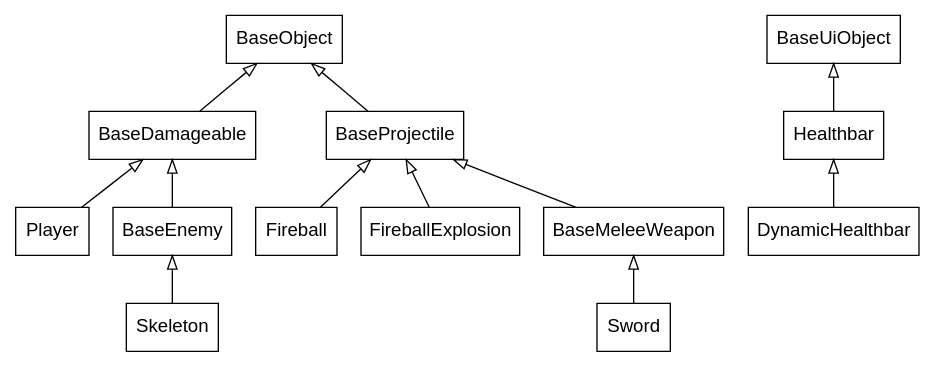
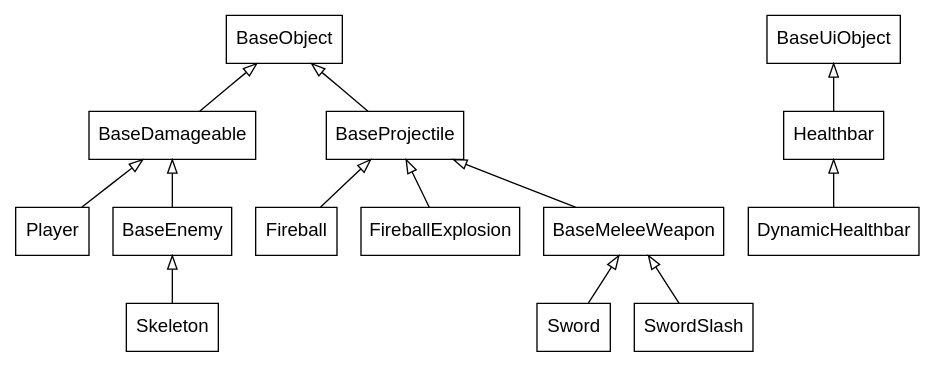
The diagram in inheritance.gv (lachfoy/2dgameABANDONED), drawn with Graphviz before and after one commit. The commit also changed 17 other files, not shown here.

```diff
--- a/inheritance.gv
+++ b/inheritance.gv
@@ -1,15 +1,15 @@
 digraph inheritance {
     node [shape=box fontname="Helvetica,Arial,sans-serif"]
     edge [dir=back arrowtail=empty]
 
     BaseObject->{BaseDamageable, BaseProjectile}
     BaseDamageable->{Player, BaseEnemy}
     BaseProjectile->{Fireball, FireballExplosion, BaseMeleeWeapon}
-    BaseMeleeWeapon->Sword
+    BaseMeleeWeapon->{Sword, SwordSlash}
     BaseEnemy->Skeleton
 
     BaseUiObject->Healthbar
     Healthbar->DynamicHealthbar
 }
 
 // use `dot -Tpng -O inheritance.gv` to generate a .png
```
